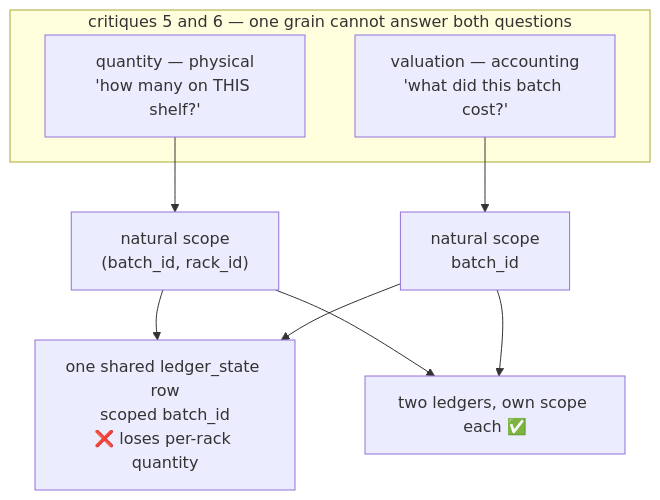
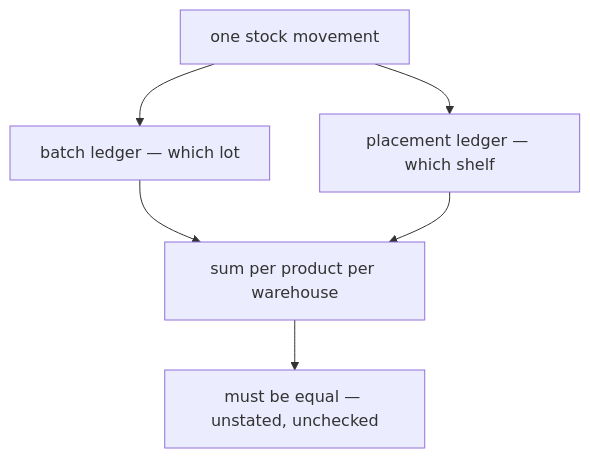
One commit to pdcgo/warehouse_revamp changed the diagram in disscuss/architecture/stock_design_clarity.md. Above: the diagram before and after it, drawn with Mermaid. The commit also changed other lines of this file and 168 other files, not shown here.

````diff
--- a/disscuss/architecture/stock_design_clarity.md
+++ b/disscuss/architecture/stock_design_clarity.md
@@ -133,13 +83,8 @@
 ```mermaid
 flowchart TB
-  subgraph "critiques 5 and 6 — one grain cannot answer both questions"
-    Q["quantity — physical<br/>'how many on THIS shelf?'"]
-    V["valuation — accounting<br/>'what did this batch cost?'"]
-  end
-  Q --> QG["natural scope<br/>(batch_id, rack_id)"]
-  V --> VG["natural scope<br/>batch_id"]
-  QG --> S["one shared ledger_state row<br/>scoped batch_id<br/>❌ loses per-rack quantity"]
-  VG --> S
-  QG --> T["two ledgers, own scope each ✅"]
-  VG --> T
+  M["one stock movement"] --> B["batch ledger — which lot"]
+  M --> P["placement ledger — which shelf"]
+  B --> S["sum per product per warehouse"]
+  P --> S
+  S --> OK["must be equal — unstated, unchecked"]
 ```
````
